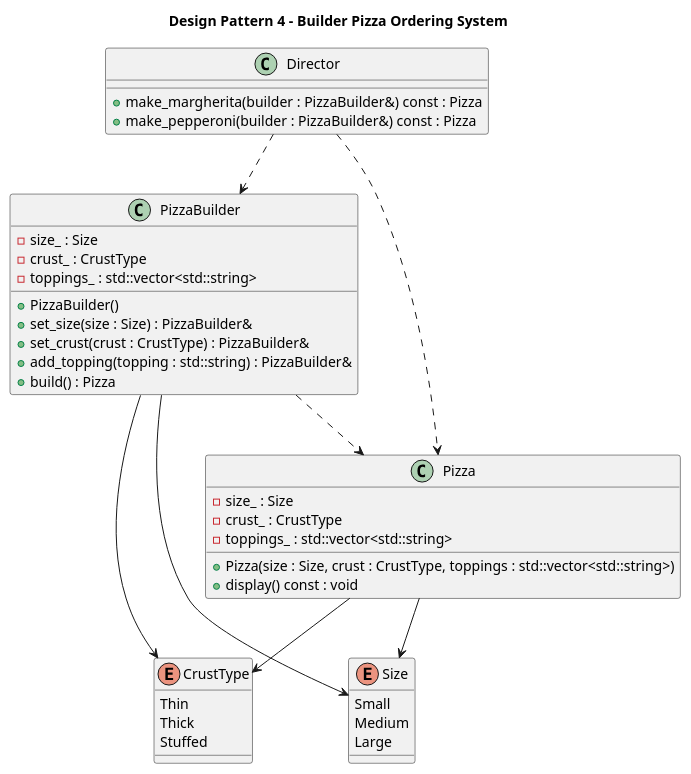
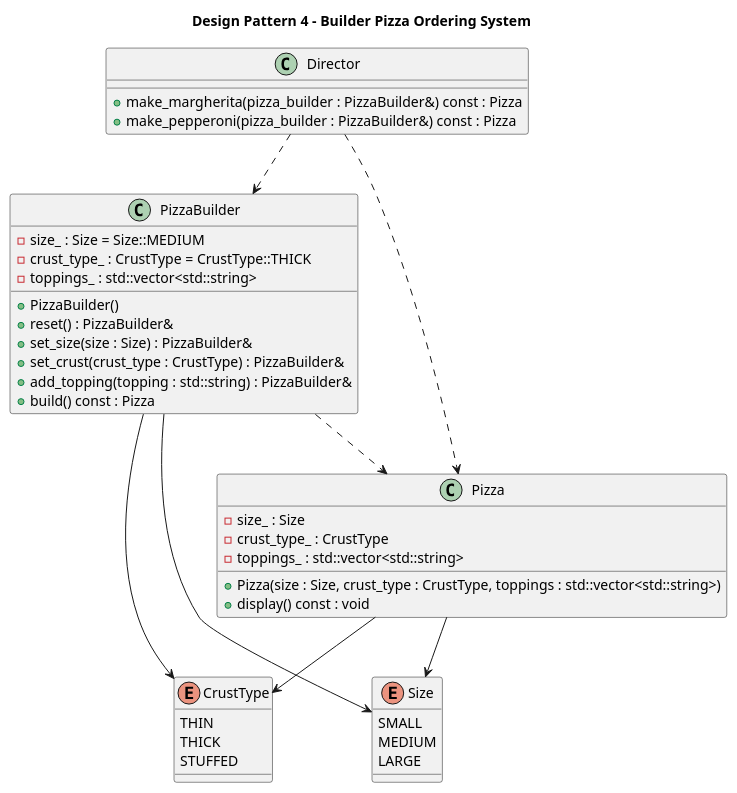
One commit to PatrickG2907/oop-design-pattern-challenges changed the diagram in creational-patterns/builder/cpp/architecture.puml. Above: the diagram before and after it, drawn with PlantUML.

```diff
--- a/creational-patterns/builder/cpp/architecture.puml
+++ b/creational-patterns/builder/cpp/architecture.puml
@@ -1,50 +1,51 @@
 @startuml
 title Design Pattern 4 - Builder Pizza Ordering System
 
 enum Size {
-    Small
-    Medium
-    Large
+    SMALL
+    MEDIUM
+    LARGE
 }
 
 enum CrustType {
-    Thin
-    Thick
-    Stuffed
+    THIN
+    THICK
+    STUFFED
 }
 
 class Pizza {
     - size_ : Size
-    - crust_ : CrustType
+    - crust_type_ : CrustType
     - toppings_ : std::vector<std::string>
-    + Pizza(size : Size, crust : CrustType, toppings : std::vector<std::string>)
+    + Pizza(size : Size, crust_type : CrustType, toppings : std::vector<std::string>)
     + display() const : void
 }
 
 class PizzaBuilder {
-    - size_ : Size
-    - crust_ : CrustType
+    - size_ : Size = Size::MEDIUM
+    - crust_type_ : CrustType = CrustType::THICK
     - toppings_ : std::vector<std::string>
     + PizzaBuilder()
+    + reset() : PizzaBuilder&
     + set_size(size : Size) : PizzaBuilder&
-    + set_crust(crust : CrustType) : PizzaBuilder&
+    + set_crust(crust_type : CrustType) : PizzaBuilder&
     + add_topping(topping : std::string) : PizzaBuilder&
-    + build() : Pizza
+    + build() const : Pizza
 }
 
 class Director {
-    + make_margherita(builder : PizzaBuilder&) const : Pizza
-    + make_pepperoni(builder : PizzaBuilder&) const : Pizza
+    + make_margherita(pizza_builder : PizzaBuilder&) const : Pizza
+    + make_pepperoni(pizza_builder : PizzaBuilder&) const : Pizza
 }
 
 Pizza --> Size
 Pizza --> CrustType
 
 PizzaBuilder --> Size
 PizzaBuilder --> CrustType
 PizzaBuilder ..> Pizza
 
 Director ..> PizzaBuilder
 Director ..> Pizza
 
 @enduml
```
